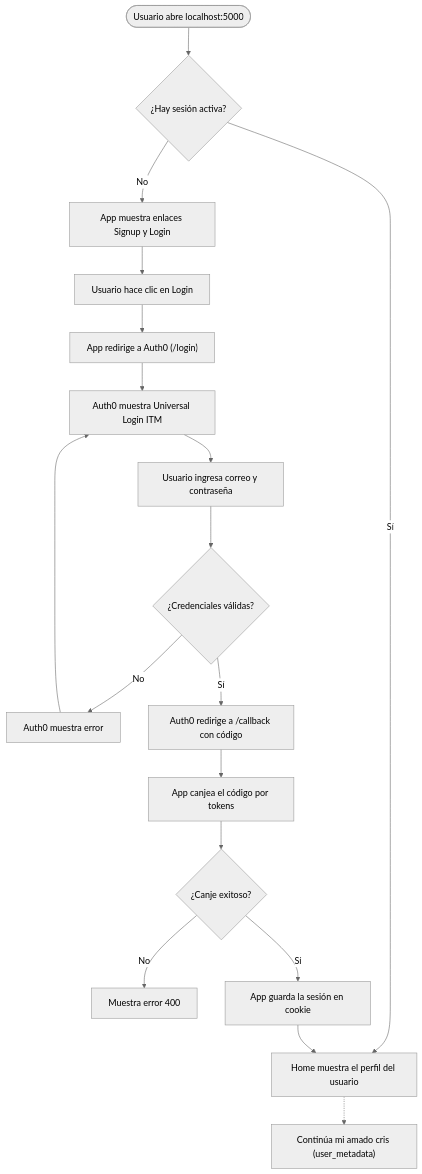
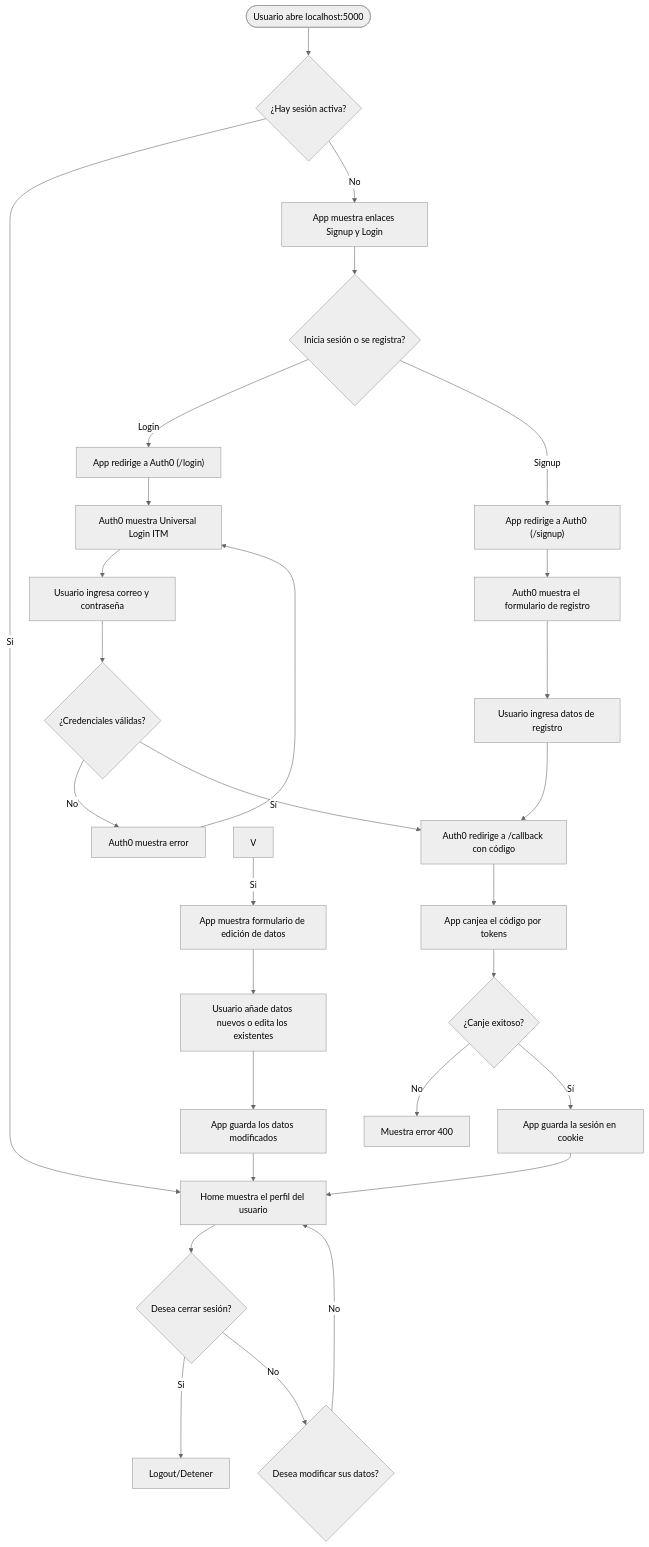
The diagram in README.md (Hisoka2909/Auth0-itm-guia3), drawn with Mermaid (neutral theme) before and after one commit. The commit also changed other lines of this file, not shown here.

Commit message:
docs: diagrama de flujo terminado

````diff
--- a/README.md
+++ b/README.md
@@ -6,20 +9,31 @@
 ```mermaid
 flowchart TD
     A([Usuario abre localhost:5000]) --> B{¿Hay sesión activa?}
     B -- Sí --> I[Home muestra el perfil del usuario]
     B -- No --> C[App muestra enlaces Signup y Login]
-    C --> D[Usuario hace clic en Login]
-    D --> E["App redirige a Auth0 (/login)"]
+    C --> D{Inicia sesión o se registra?}
+    D -- Login --> E["App redirige a Auth0 (/login)"]
     E --> F[Auth0 muestra Universal Login ITM]
     F --> G[Usuario ingresa correo y contraseña]
     G --> H{¿Credenciales válidas?}
     H -- No --> J[Auth0 muestra error]
     J --> F
     H -- Sí --> K["Auth0 redirige a /callback con código"]
-    K --> L[App canjea el código por tokens]
-    L --> M{¿Canje exitoso?}
-    M -- No --> N[Muestra error 400]
-    M -- Sí --> O[App guarda la sesión en cookie]
-    O --> I
-    I -.-> P["Continúa mi amado cris (user_metadata)"]
+    D -- Signup --> L["App redirige a Auth0 (/signup)"]
+    L --> M[Auth0 muestra el formulario de registro]
+    M --> N[Usuario ingresa datos de registro]
+    N --> K
+    K --> O[App canjea el código por tokens]
+    O --> P{¿Canje exitoso?}
+    P -- No --> Q[Muestra error 400]
+    P -- Sí --> R[App guarda la sesión en cookie]
+    R --> I
+    I --> S{Desea cerrar sesión?}
+    S -- Si --> T[Logout/Detener]
+    S -- No --> U{Desea modificar sus datos?}
+    U -- No --> I
+    V -- Si --> W[App muestra formulario de edición de datos]
+    W --> X[Usuario añade datos nuevos o edita los existentes]
+    X --> Y[App guarda los datos modificados]
+    Y --> I
 ```
````
